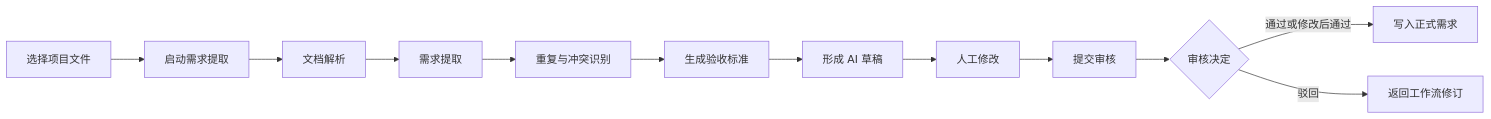
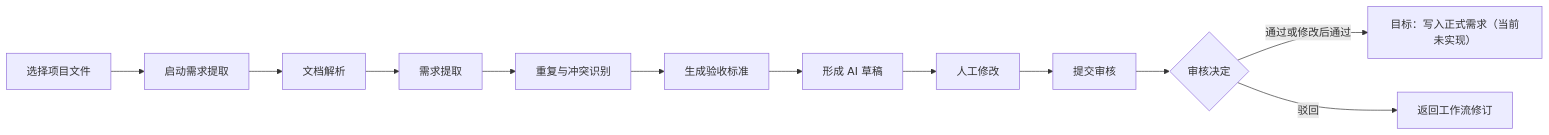
The second of 3 diagrams in docs/USER_FLOWS.md (27ruien/ProjectAI), drawn with Mermaid before and after one commit. The commit also changed other lines of this file and 132 other files, not shown here.

````diff
--- a/docs/USER_FLOWS.md
+++ b/docs/USER_FLOWS.md
@@ -22,14 +26,14 @@
 ```mermaid
 flowchart LR
   A["选择项目文件"] --> B["启动需求提取"]
   B --> C["文档解析"]
   C --> D["需求提取"]
   D --> E["重复与冲突识别"]
   E --> F["生成验收标准"]
   F --> G["形成 AI 草稿"]
   G --> H["人工修改"]
   H --> I["提交审核"]
   I --> J{"审核决定"}
-  J -->|通过或修改后通过| K["写入正式需求"]
+  J -->|通过或修改后通过| K["目标：写入正式需求（当前未实现）"]
   J -->|驳回| L["返回工作流修订"]
 ```
````
